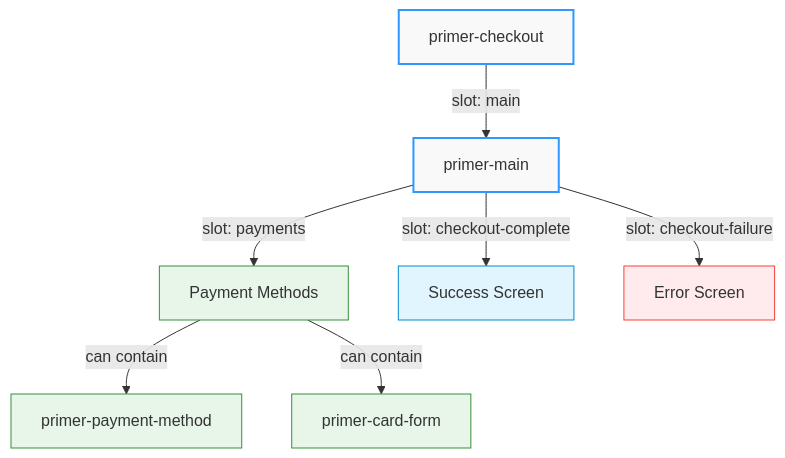
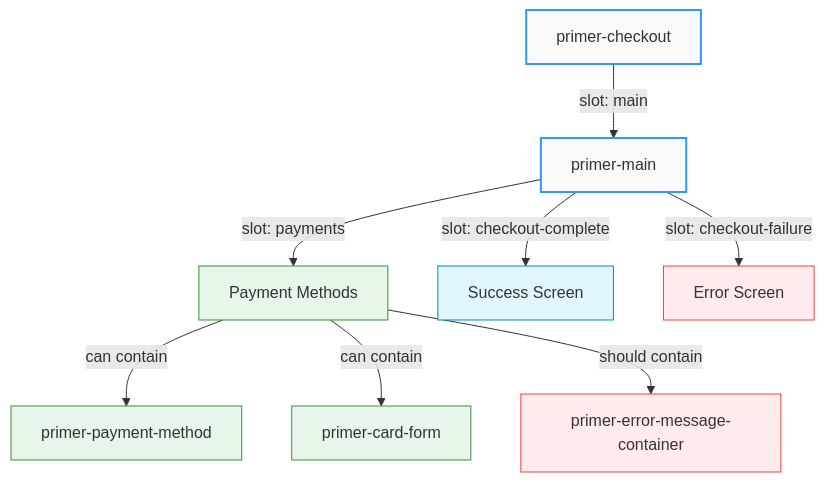
Before and after one commit to primer-io/examples: the second of 4 diagrams in docs/general-docs/documentation/layout-customizations-guide.md, drawn with Mermaid. The commit also changed other lines of this file and 74 other files, not shown here.

````diff
--- a/docs/general-docs/documentation/layout-customizations-guide.md
+++ b/docs/general-docs/documentation/layout-customizations-guide.md
@@ -45,17 +45,19 @@
 ```mermaid
 flowchart TD
     A[primer-checkout] -->|slot: main| B[primer-main]
     B -->|slot: payments| C[Payment Methods]
     B -->|slot: checkout-complete| D[Success Screen]
     B -->|slot: checkout-failure| E[Error Screen]
     C -->|can contain| F[primer-payment-method]
     C -->|can contain| G[primer-card-form]
+    C -->|should contain| H[primer-error-message-container]
 
     style A fill:#f9f9f9,stroke:#2f98ff,stroke-width:2px
     style B fill:#f9f9f9,stroke:#2f98ff,stroke-width:2px
     style C fill:#e8f5e9,stroke:#388e3c,stroke-width:1px
     style D fill:#e1f5fe,stroke:#0288d1,stroke-width:1px
     style E fill:#ffebee,stroke:#f44336,stroke-width:1px
     style F fill:#e8f5e9,stroke:#388e3c,stroke-width:1px
     style G fill:#e8f5e9,stroke:#388e3c,stroke-width:1px
+    style H fill:#ffebee,stroke:#f44336,stroke-width:1px
 ```
````
